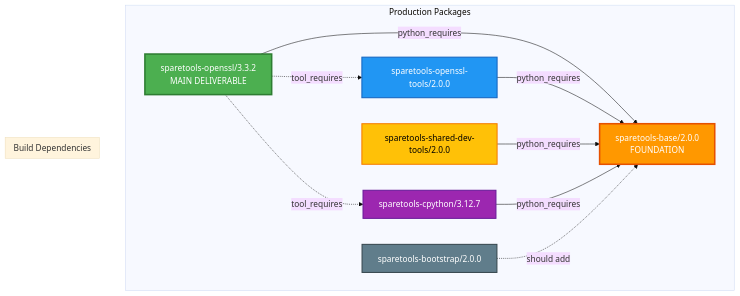
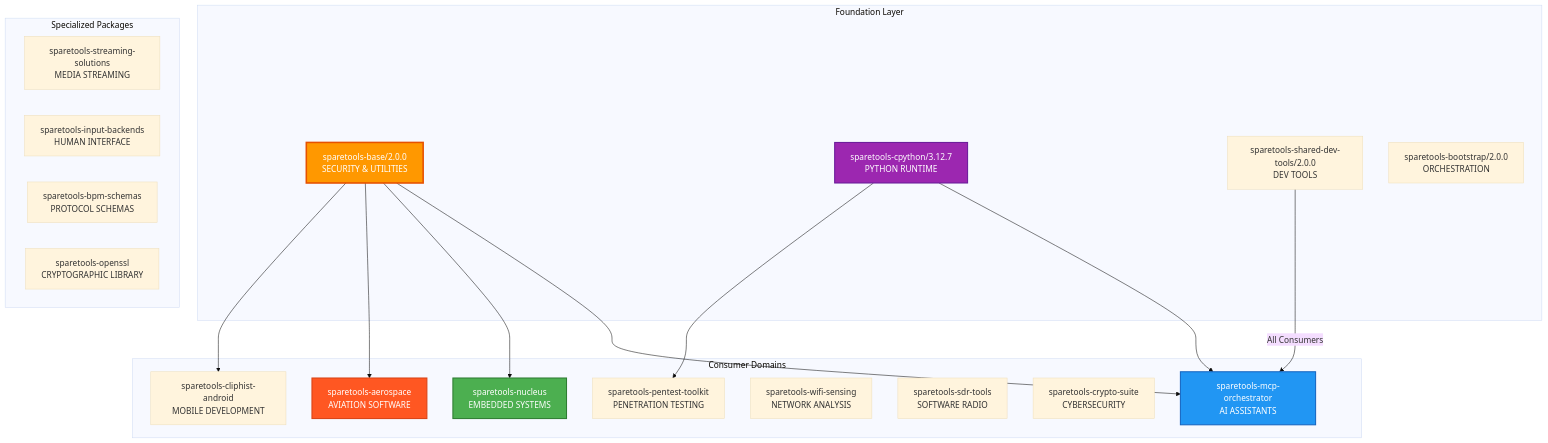
Before and after one commit to sparesparrow/sparetools: the first of 7 diagrams in ARCHITECTURE.md, drawn with Mermaid (base theme). The commit also changed other lines of this file and 16 other files, not shown here.

````diff
--- a/ARCHITECTURE.md
+++ b/ARCHITECTURE.md
@@ -11,29 +11,41 @@
 ```mermaid
 graph TD
-    subgraph "Production Packages"
-        openssl[sparetools-openssl/3.3.2<br/>MAIN DELIVERABLE]
-        tools[sparetools-openssl-tools/2.0.0]
-        base[sparetools-base/2.0.0<br/>FOUNDATION]
-        cpython[sparetools-cpython/3.12.7]
-        shared[sparetools-shared-dev-tools/2.0.0]
-        bootstrap[sparetools-bootstrap/2.0.0]
+    subgraph "Foundation Layer"
+        base[sparetools-base/2.0.0<br/>SECURITY & UTILITIES]
+        cpython[sparetools-cpython/3.12.7<br/>PYTHON RUNTIME]
+        shared[sparetools-shared-dev-tools/2.0.0<br/>DEV TOOLS]
+        bootstrap[sparetools-bootstrap/2.0.0<br/>ORCHESTRATION]
     end
 
-    subgraph "Build Dependencies"
-        openssl -.->|tool_requires| tools
-        openssl -.->|tool_requires| cpython
-        openssl -->|python_requires| base
-
-        tools -->|python_requires| base
-        shared -->|python_requires| base
-        cpython -->|python_requires| base
-        bootstrap -.->|should add| base
+    subgraph "Consumer Domains"
+        mcp[sparetools-mcp-orchestrator<br/>AI ASSISTANTS]
+        esp32[sparetools-nucleus<br/>EMBEDDED SYSTEMS]
+        aerospace[sparetools-aerospace<br/>AVIATION SOFTWARE]
+        android[sparetools-cliphist-android<br/>MOBILE DEVELOPMENT]
+        wifi[sparetools-wifi-sensing<br/>NETWORK ANALYSIS]
+        sdr[sparetools-sdr-tools<br/>SOFTWARE RADIO]
+        security[sparetools-crypto-suite<br/>CYBERSECURITY]
+        pentest[sparetools-pentest-toolkit<br/>PENETRATION TESTING]
     end
 
-    style openssl fill:#4CAF50,stroke:#2E7D32,color:#fff,stroke-width:3px
+    subgraph "Specialized Packages"
+        streaming[sparetools-streaming-solutions<br/>MEDIA STREAMING]
+        input[sparetools-input-backends<br/>HUMAN INTERFACE]
+        schemas[sparetools-bpm-schemas<br/>PROTOCOL SCHEMAS]
+        openssl[sparetools-openssl<br/>CRYPTOGRAPHIC LIBRARY]
+    end
+
+    base --> mcp
+    base --> esp32
+    base --> aerospace
+    base --> android
+    cpython --> mcp
+    cpython --> pentest
+    shared -->|All Consumers| mcp
+
     style base fill:#FF9800,stroke:#E65100,color:#fff,stroke-width:3px
-    style tools fill:#2196F3,stroke:#1565C0,color:#fff,stroke-width:2px
     style cpython fill:#9C27B0,stroke:#6A1B9A,color:#fff,stroke-width:2px
-    style shared fill:#FFC107,stroke:#F57C00,color:#000,stroke-width:2px
-    style bootstrap fill:#607D8B,stroke:#37474F,color:#fff,stroke-width:2px
+    style mcp fill:#2196F3,stroke:#1565C0,color:#fff,stroke-width:2px
+    style esp32 fill:#4CAF50,stroke:#2E7D32,color:#fff,stroke-width:2px
+    style aerospace fill:#FF5722,stroke:#D84315,color:#fff,stroke-width:2px
 ```
````
